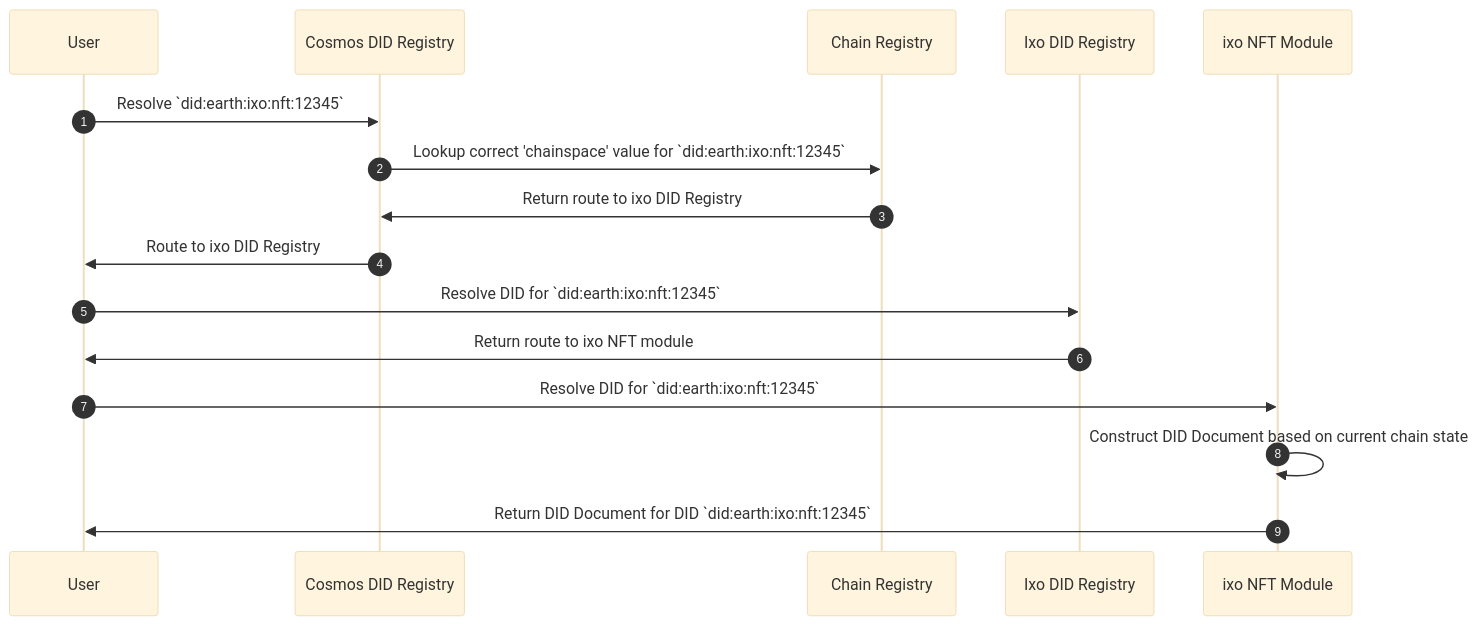
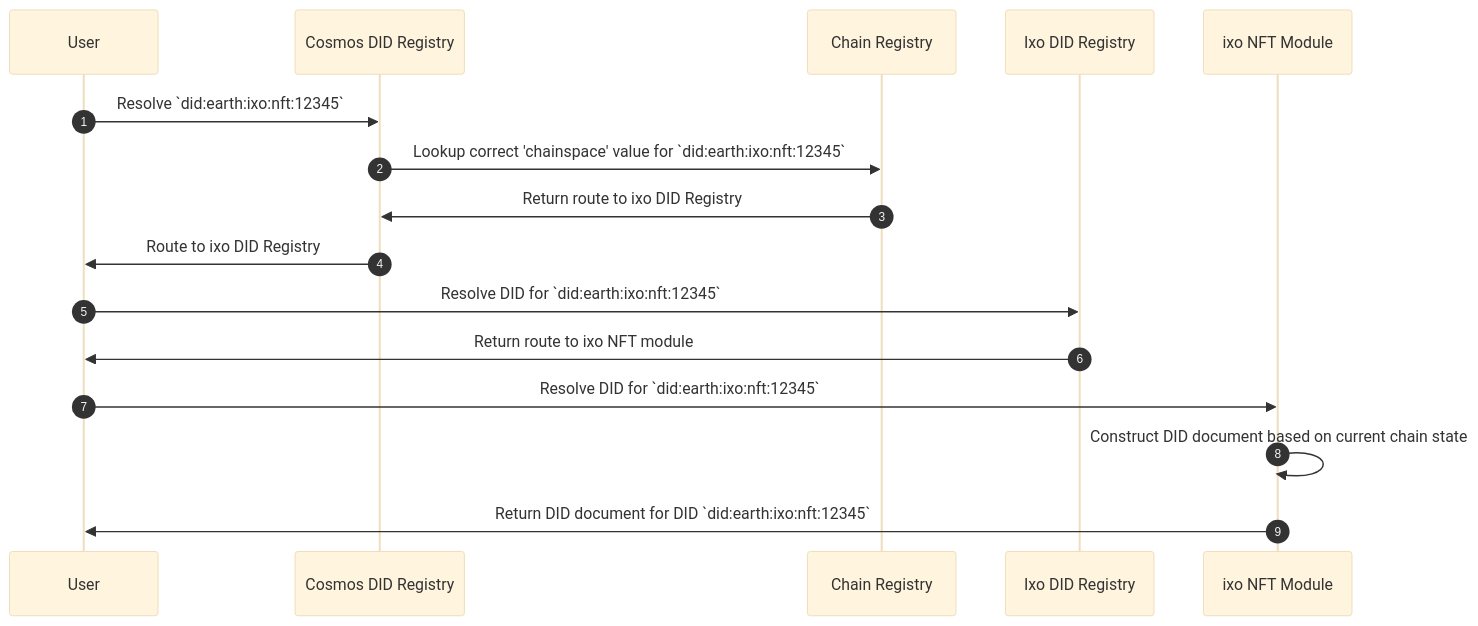
The second of 4 diagrams in README.md (EarthProgram/did-earth), drawn with Mermaid (base theme) before and after one commit. The commit also changed other lines of this file, not shown here.

Commit message:
fixed capitalization for DID Document to DID document

````diff
--- a/README.md
+++ b/README.md
@@ -453,13 +453,13 @@
 ```mermaid
 sequenceDiagram
 autonumber
 User->>Cosmos DID Registry: Resolve `did:earth:ixo:nft:12345`
 Cosmos DID Registry->>Chain Registry: Lookup correct 'chainspace' value for `did:earth:ixo:nft:12345`
 Chain Registry->>Cosmos DID Registry: Return route to ixo DID Registry 
 Cosmos DID Registry->>User: Route to ixo DID Registry
 User->>Ixo DID Registry:  Resolve DID for `did:earth:ixo:nft:12345`
 Ixo DID Registry->>User : Return route to ixo NFT module
 User->>ixo NFT Module: Resolve DID for `did:earth:ixo:nft:12345`
-ixo NFT Module->>ixo NFT Module: Construct DID Document based on current chain state
-ixo NFT Module->>User: Return DID Document for DID `did:earth:ixo:nft:12345`
+ixo NFT Module->>ixo NFT Module: Construct DID document based on current chain state
+ixo NFT Module->>User: Return DID document for DID `did:earth:ixo:nft:12345`
 ```
````
